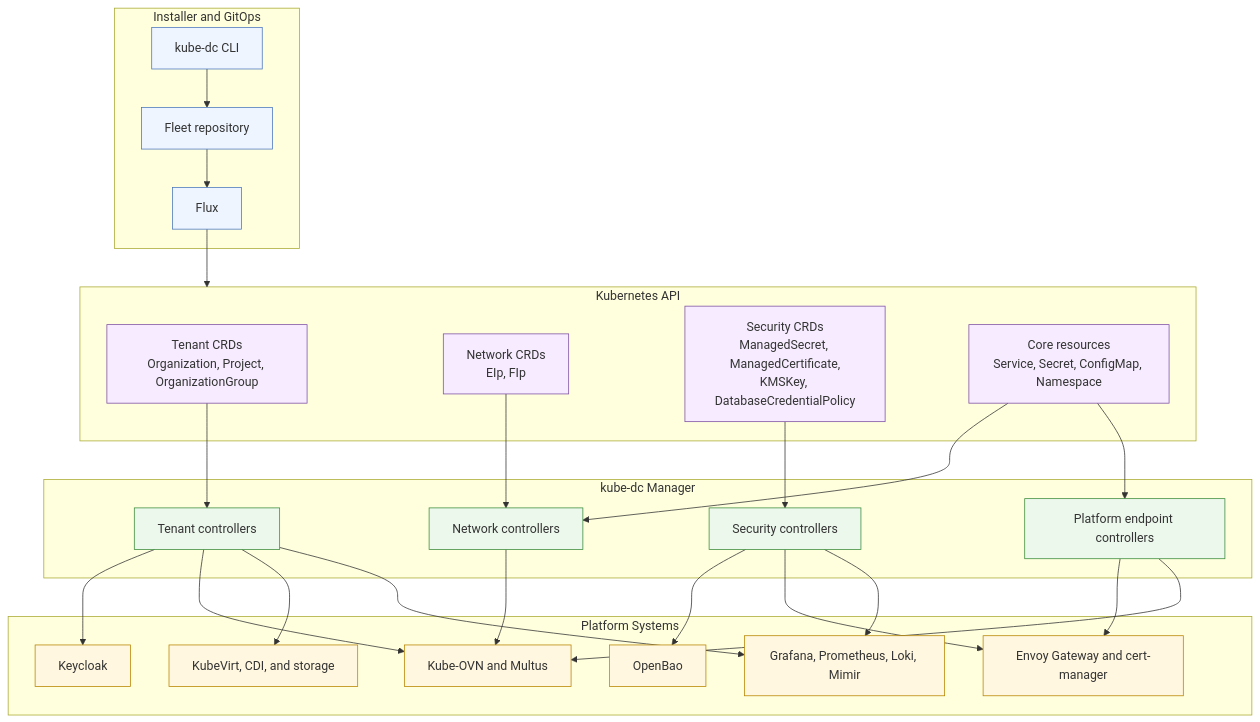
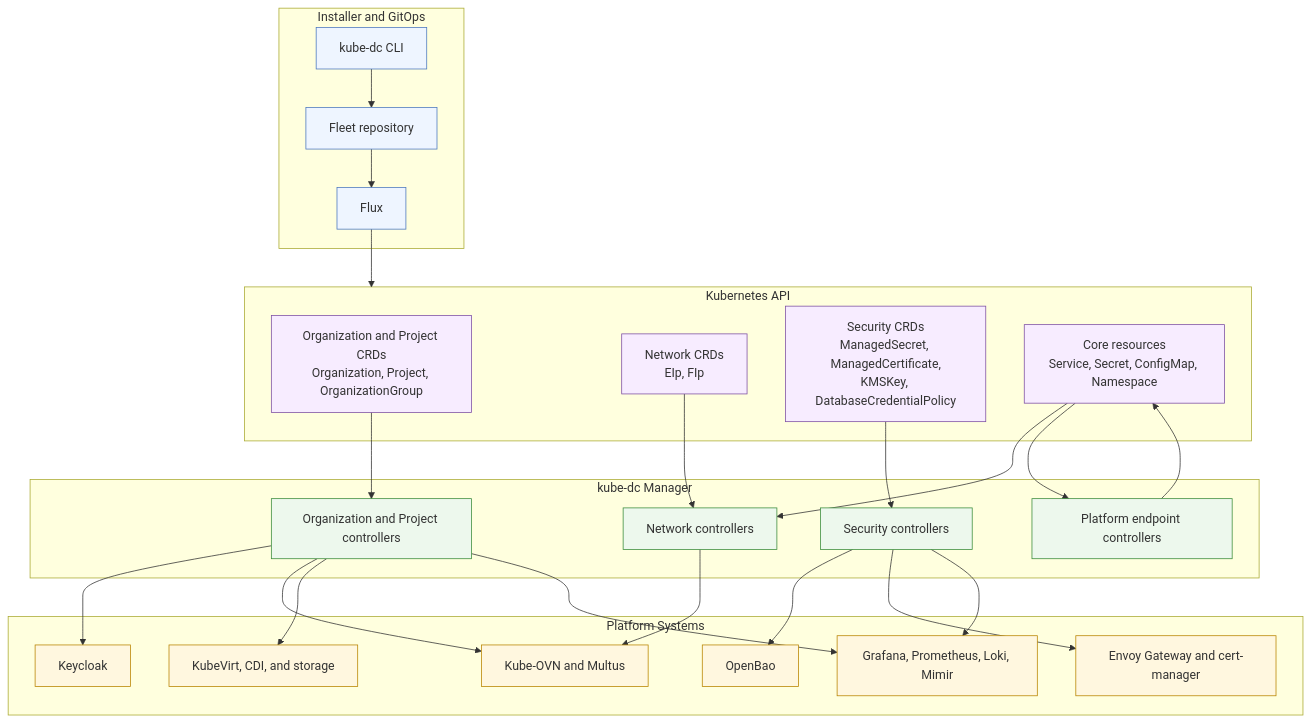
One commit to kube-dc/kube-dc-public changed the first of 5 diagrams in docs/platform/controller-diagram.md. Above: the diagram before and after it, drawn with Mermaid. The commit also changed other lines of this file and 150 other files, not shown here.

````diff
--- a/docs/platform/controller-diagram.md
+++ b/docs/platform/controller-diagram.md
@@ -10,61 +10,62 @@
 ```mermaid
 flowchart TB
+  accTitle: Kube-DC controller topology
+  accDescr: The CLI and Fleet supply desired state to platform controllers, which reconcile Projects and shared platform resources through Kubernetes APIs.
   subgraph GitOps["Installer and GitOps"]
     CLI["kube-dc CLI"]
     Fleet["Fleet repository"]
     Flux["Flux"]
   end
 
   subgraph API["Kubernetes API"]
-    TenantCRDs["Tenant CRDs<br/>Organization, Project, OrganizationGroup"]
+    ProductCRDs["Organization and Project CRDs<br/>Organization, Project, OrganizationGroup"]
     NetworkCRDs["Network CRDs<br/>EIp, FIp"]
     SecurityCRDs["Security CRDs<br/>ManagedSecret, ManagedCertificate,<br/>KMSKey, DatabaseCredentialPolicy"]
     CoreResources["Core resources<br/>Service, Secret, ConfigMap, Namespace"]
   end
 
   subgraph Manager["kube-dc Manager"]
-    TenantControllers["Tenant controllers"]
+    ProductControllers["Organization and Project controllers"]
     NetworkControllers["Network controllers"]
     SecurityControllers["Security controllers"]
     EndpointControllers["Platform endpoint controllers"]
   end
 
   subgraph Platform["Platform Systems"]
     Keycloak["Keycloak"]
     OpenBao["OpenBao"]
     KubeOVN["Kube-OVN and Multus"]
     KubeVirt["KubeVirt, CDI, and storage"]
     Gateway["Envoy Gateway and cert-manager"]
     Observability["Grafana, Prometheus, Loki, Mimir"]
   end
 
   CLI --> Fleet --> Flux --> API
-  TenantCRDs --> TenantControllers
+  ProductCRDs --> ProductControllers
   NetworkCRDs --> NetworkControllers
   SecurityCRDs --> SecurityControllers
   CoreResources --> NetworkControllers
   CoreResources --> EndpointControllers
 
-  TenantControllers --> Keycloak
-  TenantControllers --> KubeOVN
-  TenantControllers --> KubeVirt
-  TenantControllers --> Observability
+  ProductControllers --> Keycloak
+  ProductControllers --> KubeOVN
+  ProductControllers --> KubeVirt
+  ProductControllers --> Observability
 
   NetworkControllers --> KubeOVN
-  EndpointControllers --> Gateway
-  EndpointControllers --> KubeOVN
+  EndpointControllers --> CoreResources
 
   SecurityControllers --> OpenBao
   SecurityControllers --> Gateway
   SecurityControllers --> Observability
 
   classDef input fill:#eef5ff,stroke:#4b77be,stroke-width:1px;
   classDef manager fill:#edf8ed,stroke:#3b8c3b,stroke-width:1px;
   classDef platform fill:#fff7df,stroke:#b98500,stroke-width:1px;
   classDef api fill:#f7ecff,stroke:#7d4fa3,stroke-width:1px;
 
   class CLI,Fleet,Flux input;
-  class TenantCRDs,NetworkCRDs,SecurityCRDs,CoreResources api;
-  class TenantControllers,NetworkControllers,SecurityControllers,EndpointControllers manager;
+  class ProductCRDs,NetworkCRDs,SecurityCRDs,CoreResources api;
+  class ProductControllers,NetworkControllers,SecurityControllers,EndpointControllers manager;
   class Keycloak,OpenBao,KubeOVN,KubeVirt,Gateway,Observability platform;
 ```
````
